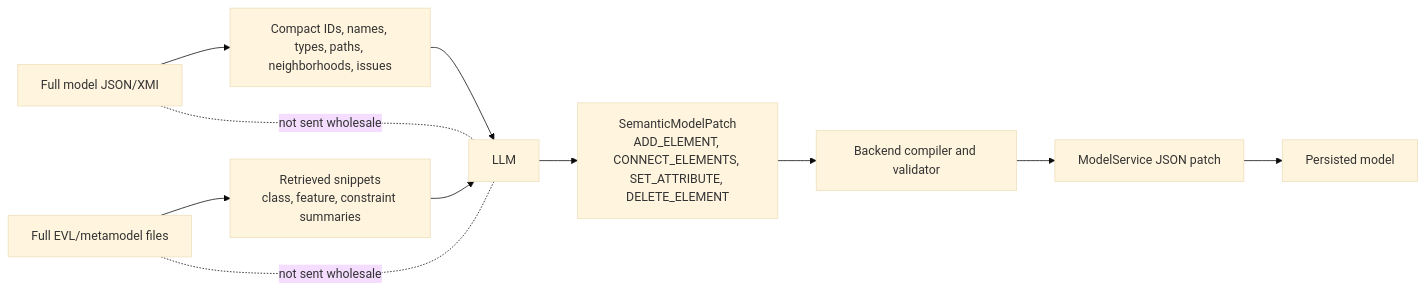
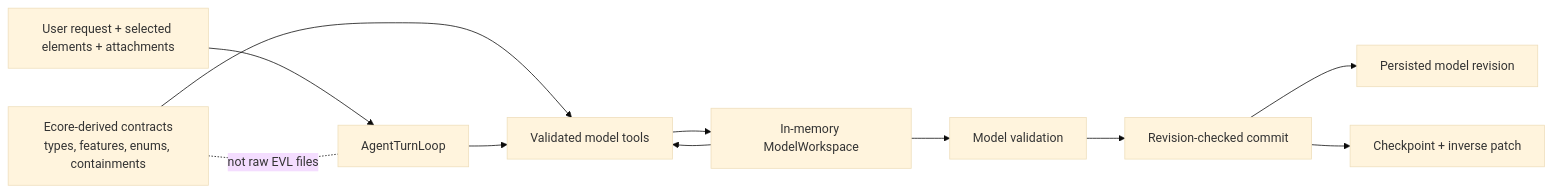
One commit to mehdieidi/modriss changed the third of 3 diagrams in docs/diagrams/14-ai-assistant-architecture.md. Above: the diagram before and after it, drawn with Mermaid (base theme). The commit also changed other lines of this file and 37 other files, not shown here.

````diff
--- a/docs/diagrams/14-ai-assistant-architecture.md
+++ b/docs/diagrams/14-ai-assistant-architecture.md
@@ -71,23 +75,22 @@
 ```mermaid
 flowchart LR
-    fullModel["Full model JSON/XMI"]
-    evlFiles["Full EVL/metamodel files"]
-    compact["Compact IDs, names, types, paths, neighborhoods, issues"]
-    snippets["Retrieved snippets<br/>class, feature, constraint summaries"]
-    llm["LLM"]
-    semantic["SemanticModelPatch<br/>ADD_ELEMENT, CONNECT_ELEMENTS, SET_ATTRIBUTE, DELETE_ELEMENT"]
-    compiler["Backend compiler and validator"]
-    jsonPatch["ModelService JSON patch"]
-    storage["Persisted model"]
+    user["User request + selected elements + attachments"]
+    contracts["Ecore-derived contracts<br/>types, features, enums, containments"]
+    workspace["In-memory ModelWorkspace"]
+    agent["AgentTurnLoop"]
+    tools["Validated model tools"]
+    validate["Model validation"]
+    commit["Revision-checked commit"]
+    checkpoint["Checkpoint + inverse patch"]
+    storage["Persisted model revision"]
 
-    fullModel --> compact
-    evlFiles --> snippets
-    compact --> llm
-    snippets --> llm
-    llm --> semantic
-    semantic --> compiler
-    compiler --> jsonPatch
-    jsonPatch --> storage
-    fullModel -. "not sent wholesale" .- llm
-    evlFiles -. "not sent wholesale" .- llm
+    user --> agent
+    contracts --> tools
+    workspace --> tools
+    agent --> tools
+    tools --> workspace
+    workspace --> validate
+    validate --> commit --> storage
+    commit --> checkpoint
+    contracts -. "not raw EVL files" .- agent
 ```
````
